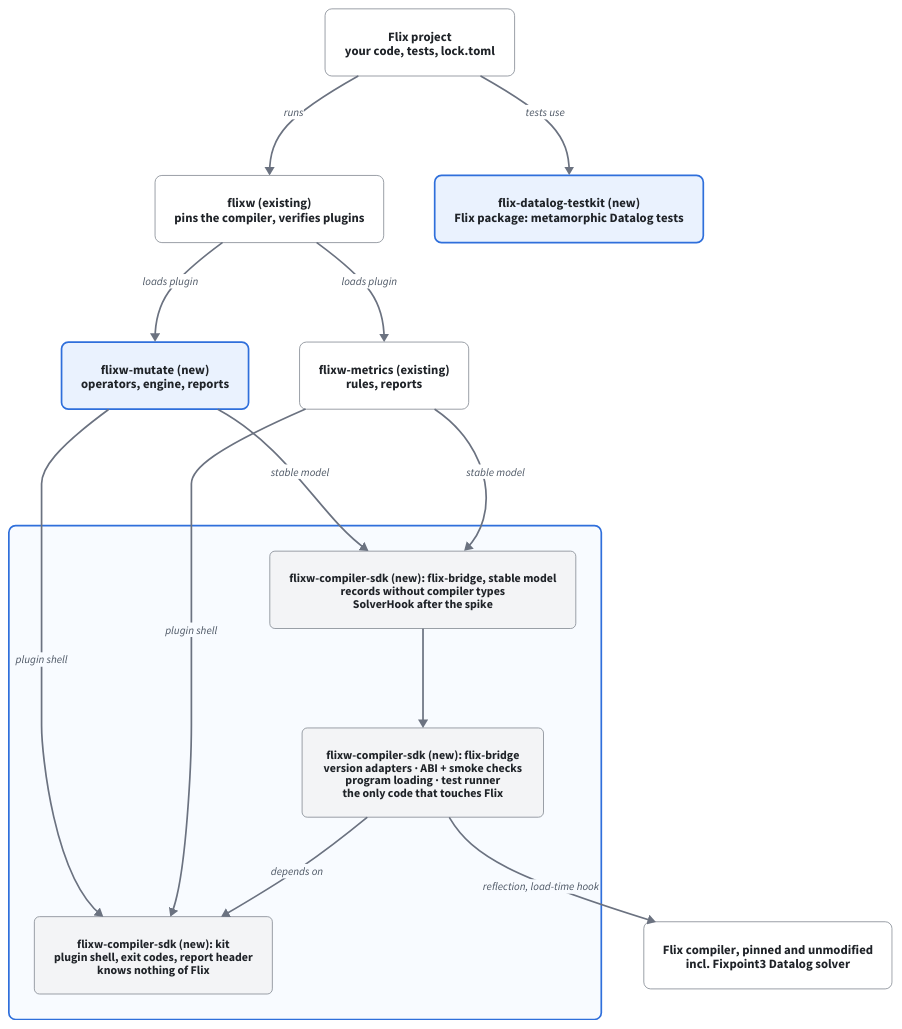
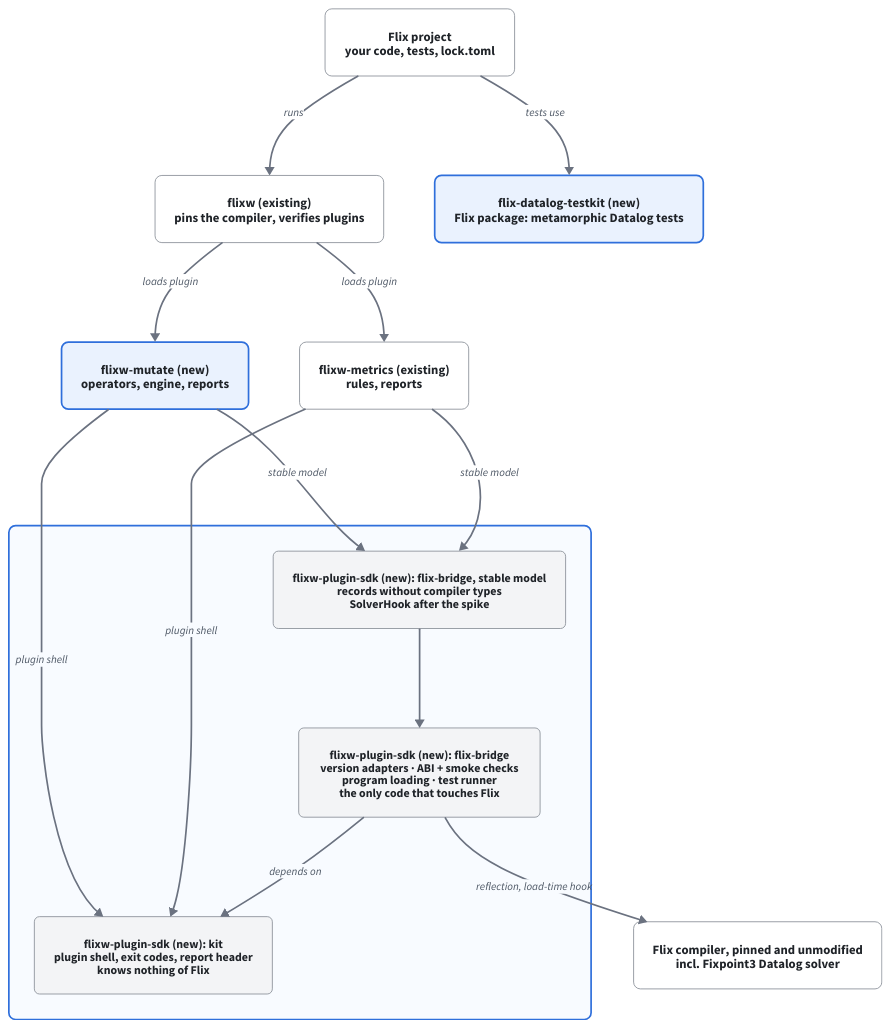
Before and after one commit to wstein/flixw-mutate: the diagram in docs/design/diagrams/architecture.d2, drawn with D2. The commit also changed 1 other file, not shown here.

Commit message:
docs: use the new SDK repository name flixw-plugin-sdk

```diff
--- a/docs/design/diagrams/architecture.d2
+++ b/docs/design/diagrams/architecture.d2
@@ -1,74 +1,74 @@
 # Architecture: plugins reach the Flix compiler only through the shared SDK.
 # Rendered to ../figures/architecture.svg by scripts/docs.sh. Edit this file, not the SVG.
 # print-width: 580
 
 direction: down
 
 classes: {
   existing: {
     style: {
       fill: "#FFFFFF"
       stroke: "#8A8F98"
       stroke-width: 1
       border-radius: 8
       font-color: "#1F2328"
       font-size: 15
     }
   }
   new: {
     style: {
       fill: "#EAF2FE"
       stroke: "#2F6FDB"
       stroke-width: 2
       border-radius: 8
       font-color: "#1F2328"
       font-size: 15
     }
   }
   layer: {
     style: {
       fill: "#F3F4F6"
       stroke: "#8A8F98"
       stroke-width: 1
       border-radius: 6
       font-color: "#1F2328"
       font-size: 14
     }
   }
   flow: {
     style: {
       stroke: "#6B7280"
       stroke-width: 2
       font-color: "#4B5563"
       font-size: 13
     }
   }
 }
 
 project: "Flix project\nyour code, tests, lock.toml" {class: existing}
 flixw: "flixw (existing)\npins the compiler, verifies plugins" {class: existing}
 testkit: "flix-datalog-testkit (new)\nFlix package: metamorphic Datalog tests" {class: new}
 metrics: "flixw-metrics (existing)\nrules, reports" {class: existing}
 mutate: "flixw-mutate (new)\noperators, engine, reports" {class: new}
 
 sdk: "" {
   class: new
   style.fill: "#F8FBFF"
-  model: "flixw-compiler-sdk (new): flix-bridge, stable model\nrecords without compiler types\nSolverHook after the spike" {class: layer}
-  layer: "flixw-compiler-sdk (new): flix-bridge\nversion adapters · ABI + smoke checks\nprogram loading · test runner\nthe only code that touches Flix" {class: layer}
-  kit: "flixw-compiler-sdk (new): kit\nplugin shell, exit codes, report header\nknows nothing of Flix" {class: layer}
+  model: "flixw-plugin-sdk (new): flix-bridge, stable model\nrecords without compiler types\nSolverHook after the spike" {class: layer}
+  layer: "flixw-plugin-sdk (new): flix-bridge\nversion adapters · ABI + smoke checks\nprogram loading · test runner\nthe only code that touches Flix" {class: layer}
+  kit: "flixw-plugin-sdk (new): kit\nplugin shell, exit codes, report header\nknows nothing of Flix" {class: layer}
   model -> layer: {class: flow}
   layer -> kit: depends on {class: flow}
 }
 
 compiler: "Flix compiler, pinned and unmodified\nincl. Fixpoint3 Datalog solver" {class: existing}
 
 project -> flixw: runs {class: flow}
 project -> testkit: tests use {class: flow}
 flixw -> metrics: loads plugin {class: flow}
 flixw -> mutate: loads plugin {class: flow}
 metrics -> sdk.model: stable model {class: flow}
 mutate -> sdk.model: stable model {class: flow}
 metrics -> sdk.kit: plugin shell {class: flow}
 mutate -> sdk.kit: plugin shell {class: flow}
 sdk.layer -> compiler: reflection, load-time hook {class: flow}
```
